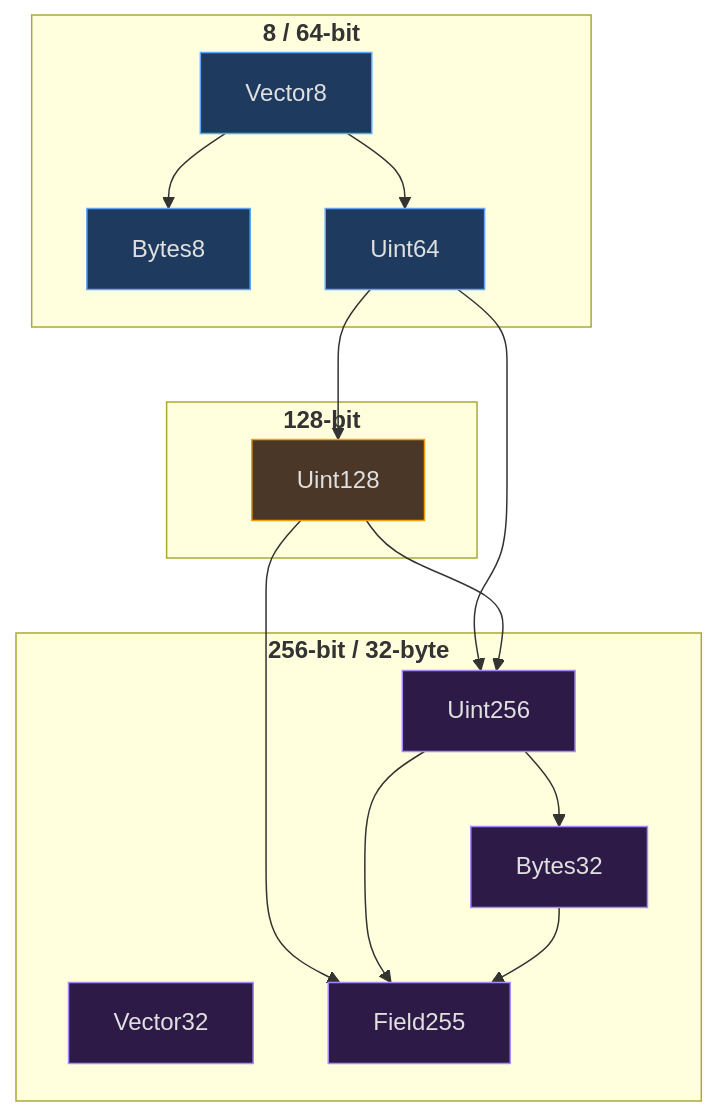
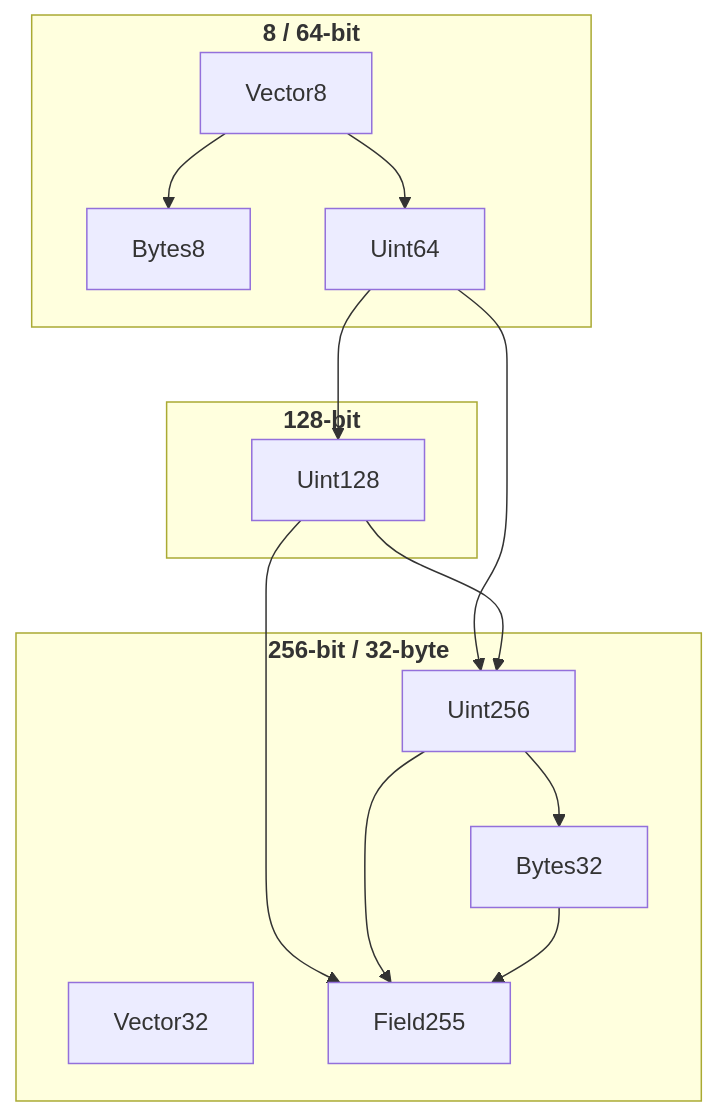
Before and after one commit to OpenZeppelin/midnight-apps: the diagram in contracts/src/math/README.md, drawn with Mermaid. The commit also changed 1 other file, not shown here.

Commit message:
refactor: adding dependency tree

````diff
--- a/contracts/src/math/README.md
+++ b/contracts/src/math/README.md
@@ -20,38 +20,29 @@
 ```mermaid
 graph TD
     subgraph "<b>8 / 64-bit</b>"
         Vector8
         Bytes8
         Uint64
     end
 
     subgraph "<b>128-bit</b>"
         Uint128
     end
 
     subgraph "<b>256-bit / 32-byte</b>"
         Vector32
         Uint256
         Bytes32
         Field255
     end
 
     Vector8 --> Bytes8
     Vector8 --> Uint64
     Uint64 --> Uint128
     Uint64 --> Uint256
     Uint128 --> Uint256
     Uint128 --> Field255
     Uint256 --> Bytes32
     Uint256 --> Field255
     Bytes32 --> Field255
-
-    style Vector8 fill:#1e3a5f,stroke:#60a5fa,color:#e0e0e0
-    style Bytes8 fill:#1e3a5f,stroke:#60a5fa,color:#e0e0e0
-    style Uint64 fill:#1e3a5f,stroke:#60a5fa,color:#e0e0e0
-    style Uint128 fill:#4a3728,stroke:#f59e0b,color:#e0e0e0
-    style Vector32 fill:#2e1a47,stroke:#a78bfa,color:#e0e0e0
-    style Uint256 fill:#2e1a47,stroke:#a78bfa,color:#e0e0e0
-    style Bytes32 fill:#2e1a47,stroke:#a78bfa,color:#e0e0e0
-    style Field255 fill:#2e1a47,stroke:#a78bfa,color:#e0e0e0
 ```
````
